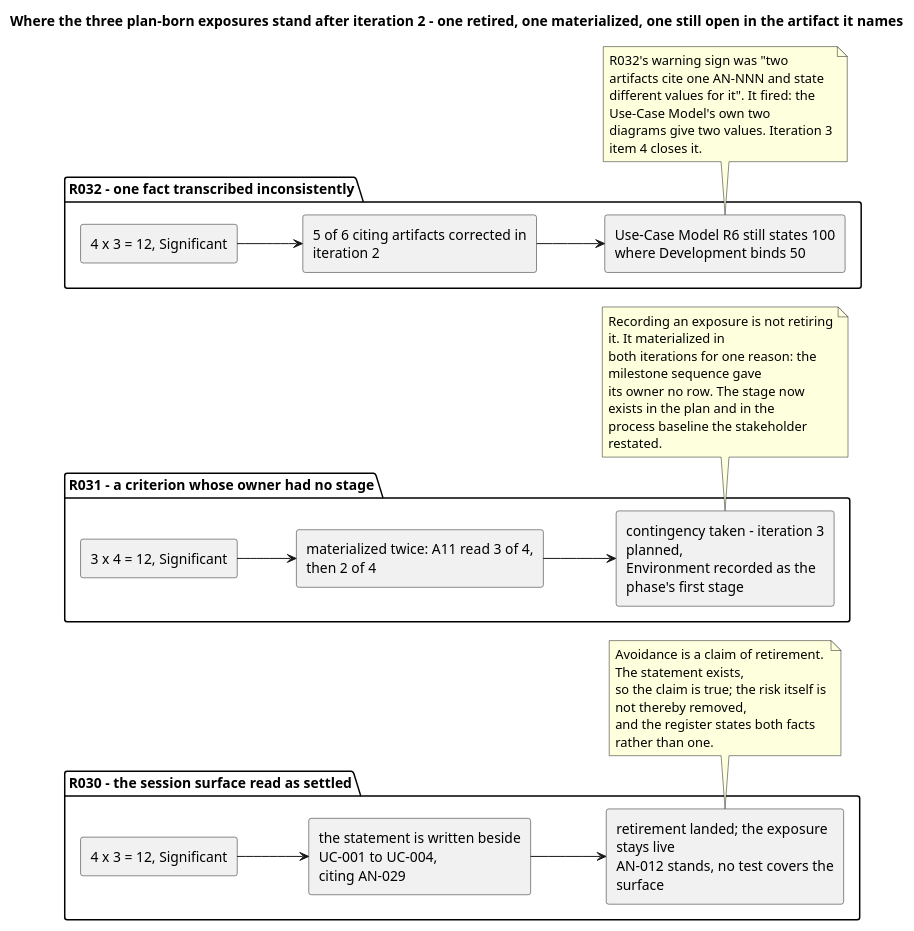
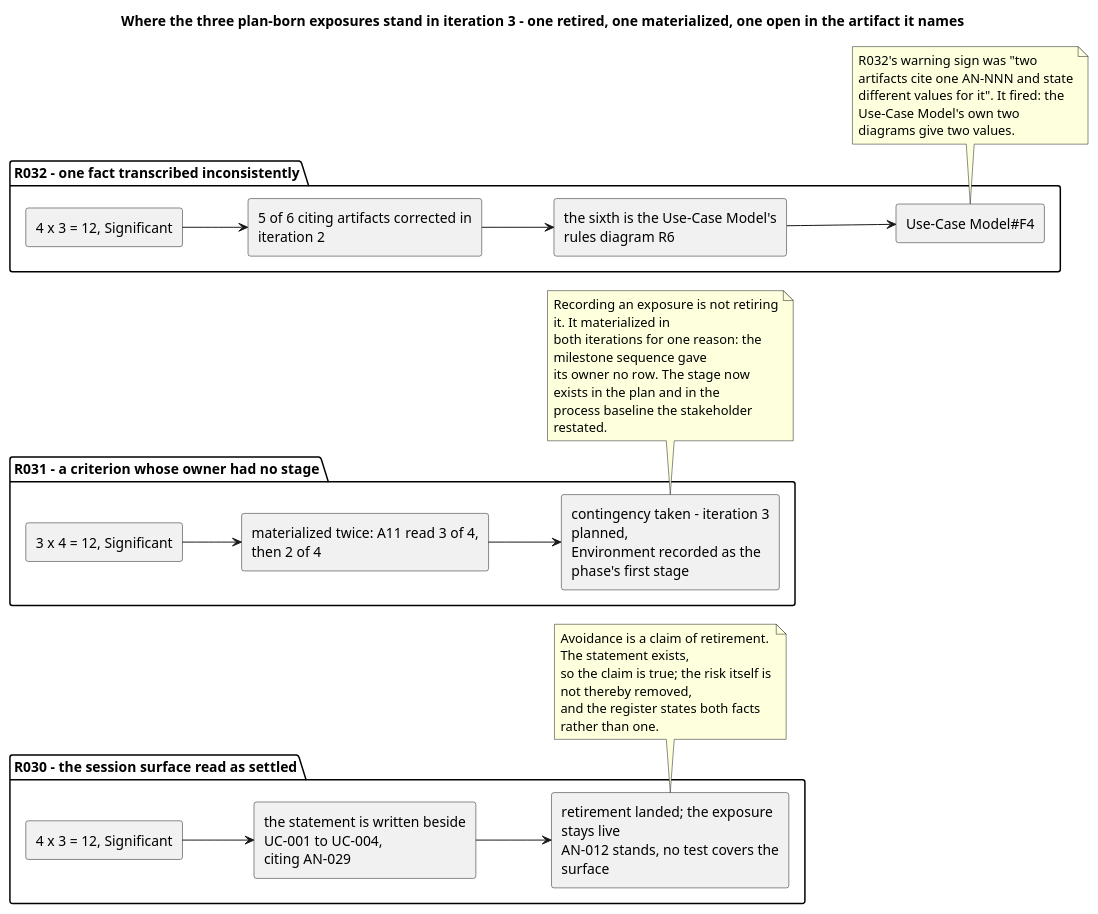
One commit to banense-test/TodoApp changed the third of 3 diagrams in docs/artifacts/project-management/risk-list.md. Above: the diagram before and after it, drawn with PlantUML. The commit also changed other lines of this file, not shown here.

Commit message:
Project Manager [Excavation3]: upsert Risk List
[skip ci]

````diff
--- a/docs/artifacts/project-management/risk-list.md
+++ b/docs/artifacts/project-management/risk-list.md
@@ -263,49 +263,51 @@
 ```plantuml
 @startuml
-title Where the three plan-born exposures stand after iteration 2 - one retired, one materialized, one still open in the artifact it names
+title Where the three plan-born exposures stand in iteration 3 - one retired, one materialized, one open in the artifact it names
 skinparam shadowing false
 skinparam componentStyle rectangle
 skinparam wrapWidth 230
 left to right direction
 
 package "R030 - the session surface read as settled" {
   component "4 x 3 = 12, Significant" as R30
   component "the statement is written beside UC-001 to UC-004,\nciting AN-029" as R30A
   component "retirement landed; the exposure stays live\nAN-012 stands, no test covers the surface" as R30B
 }
 package "R031 - a criterion whose owner had no stage" {
   component "3 x 4 = 12, Significant" as R31
   component "materialized twice: A11 read 3 of 4, then 2 of 4" as R31A
   component "contingency taken - iteration 3 planned,\nEnvironment recorded as the phase's first stage" as R31B
 }
 package "R032 - one fact transcribed inconsistently" {
   component "4 x 3 = 12, Significant" as R32
   component "5 of 6 citing artifacts corrected in iteration 2" as R32A
-  component "Use-Case Model R6 still states 100\nwhere Development binds 50" as R32B
+  component "the sixth is the Use-Case Model's rules diagram R6" as R32B
+  component "Use-Case Model#F4" as R32C
 }
 
 R30 --> R30A
 R30A --> R30B
 R31 --> R31A
 R31A --> R31B
 R32 --> R32A
 R32A --> R32B
+R32B --> R32C
 
 note bottom of R30B
   Avoidance is a claim of retirement. The statement exists,
   so the claim is true; the risk itself is not thereby removed,
   and the register states both facts rather than one.
 end note
 note bottom of R31B
   Recording an exposure is not retiring it. It materialized in
   both iterations for one reason: the milestone sequence gave
   its owner no row. The stage now exists in the plan and in the
   process baseline the stakeholder restated.
 end note
-note bottom of R32B
+note bottom of R32C
   R032's warning sign was "two artifacts cite one AN-NNN and state
   different values for it". It fired: the Use-Case Model's own two
-  diagrams give two values. Iteration 3 item 4 closes it.
+  diagrams give two values.
 end note
 @enduml
 ```
````
